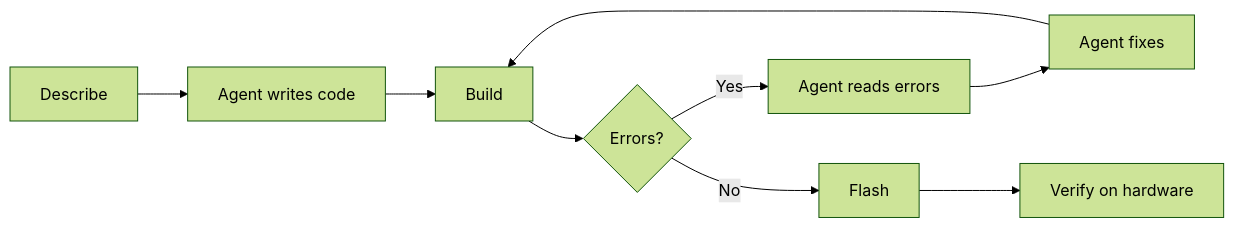
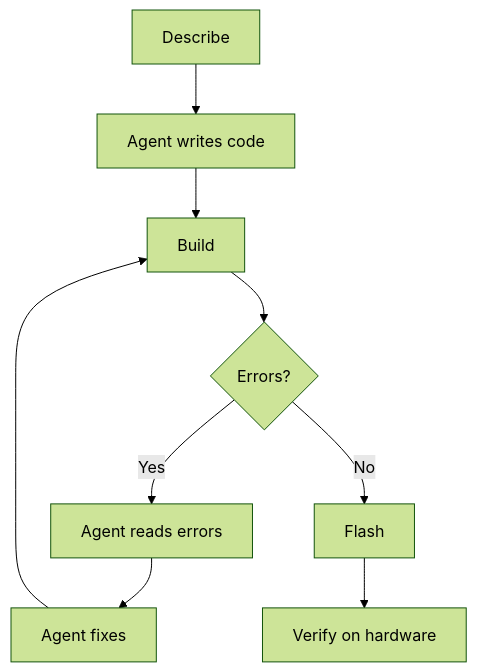
One commit to espressif/developer-portal changed the second of 2 diagrams in content/workshops/ai-agent-coding-for-esp-idf/introduction/index.md. Above: the diagram before and after it, drawn with Mermaid (forest theme). The commit also changed other lines of this file and 9 other files, not shown here.

````diff
--- a/content/workshops/ai-agent-coding-for-esp-idf/introduction/index.md
+++ b/content/workshops/ai-agent-coding-for-esp-idf/introduction/index.md
@@ -93,11 +93,11 @@
 ```mermaid
-flowchart LR
+flowchart TD
     A[Describe] --> B[Agent writes code]
     B --> C[Build]
     C --> D{Errors?}
     D -- Yes --> E[Agent reads errors]
     E --> F[Agent fixes]
     F --> C
     D -- No --> G[Flash]
     G --> H[Verify on hardware]
 ```
````
